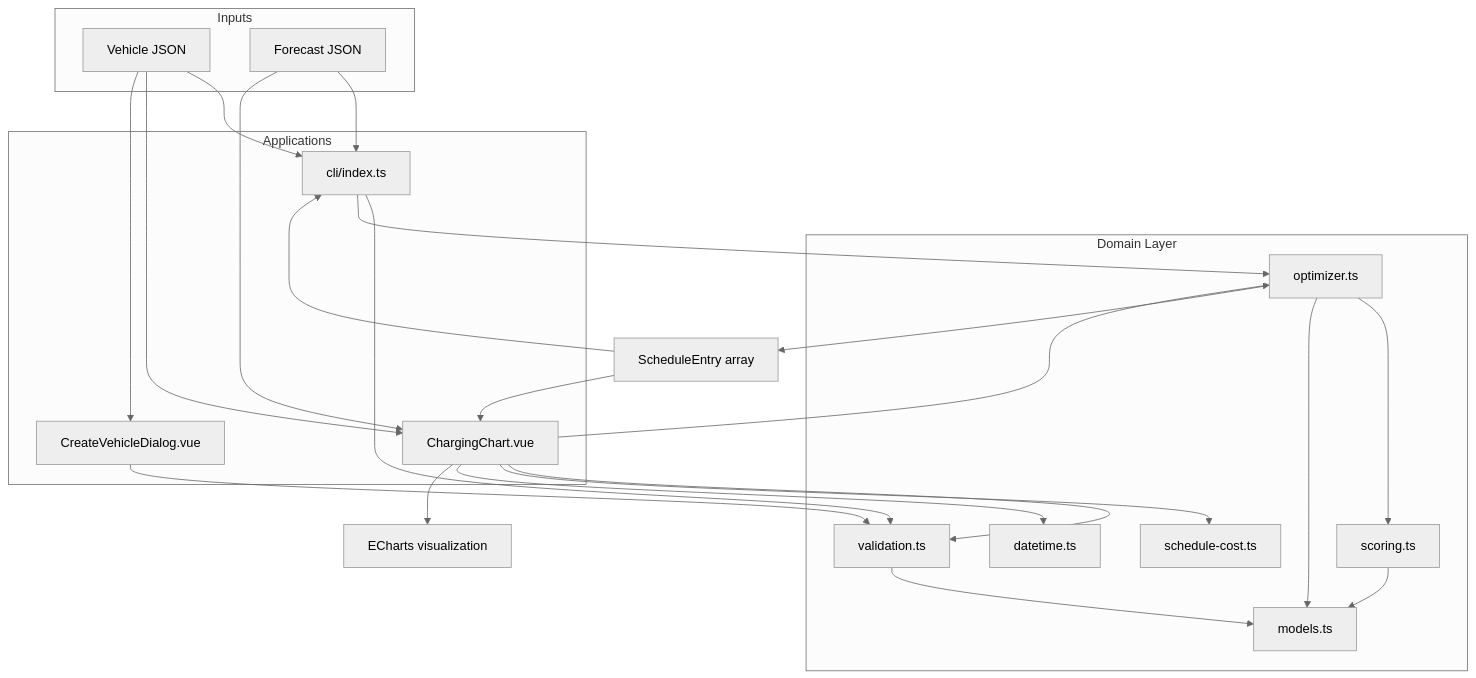
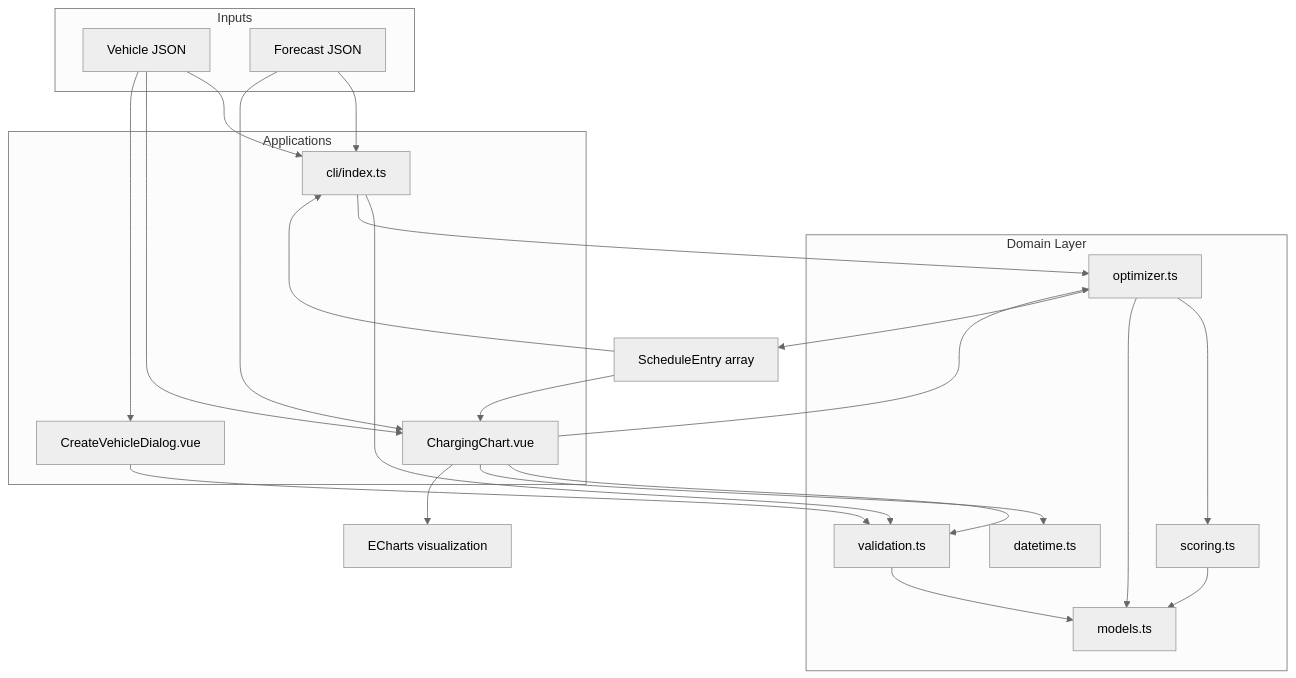
Before and after one commit to maitrux/ev-charging-optimizer: the first of 3 diagrams in README.md, drawn with Mermaid (neutral theme). The commit also changed other lines of this file and 3 other files, not shown here.

````diff
--- a/README.md
+++ b/README.md
@@ -39,48 +37,46 @@
 ```mermaid
 flowchart TB
   subgraph inputs [Inputs]
     V[Vehicle JSON]
     F[Forecast JSON]
   end
 
   subgraph domain [Domain Layer]
     M[models.ts]
     VAL[validation.ts]
     S[scoring.ts]
     O[optimizer.ts]
-    COST[schedule-cost.ts]
     DT[datetime.ts]
   end
 
   subgraph apps [Applications]
     CLI[cli/index.ts]
     UI[ChargingChart.vue]
     DIALOG[CreateVehicleDialog.vue]
   end
 
   V --> CLI
   F --> CLI
   V --> UI
   F --> UI
   V --> DIALOG
 
   CLI --> VAL
   UI --> VAL
   DIALOG --> VAL
 
   CLI --> O
   UI --> O
 
   O --> S
   O --> M
   S --> M
   VAL --> M
 
   O --> SCHED[ScheduleEntry array]
   SCHED --> CLI
   SCHED --> UI
 
-  UI --> COST
   UI --> DT
   UI --> CHART[ECharts visualization]
 ```
````
